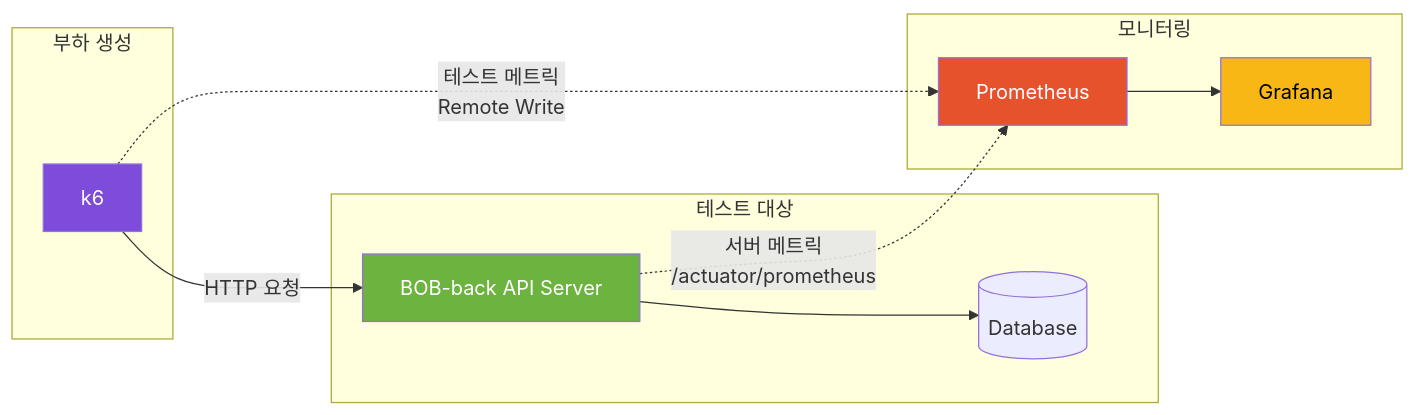
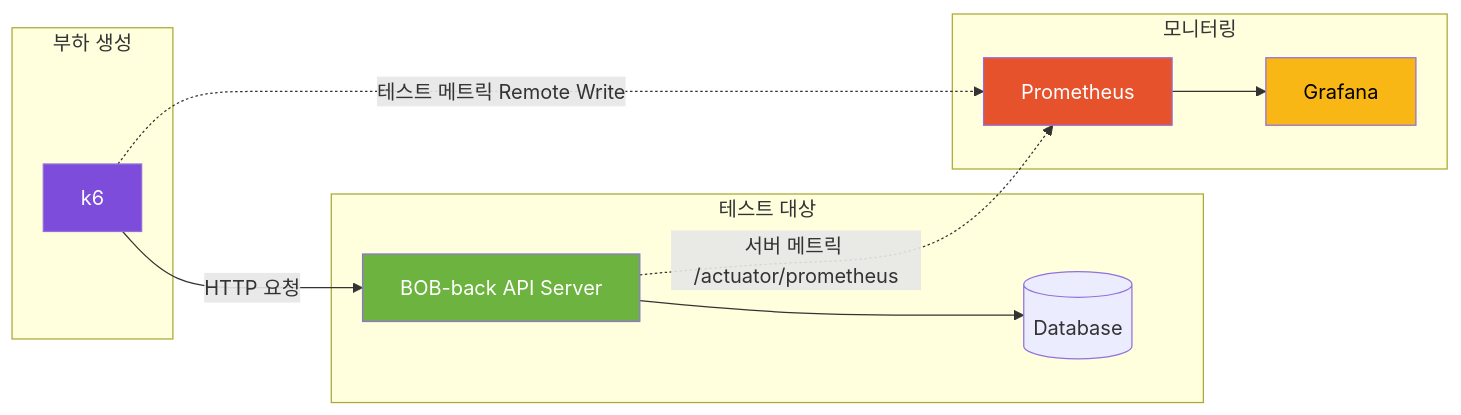
One commit to BOB-BookBridge/BOB-perf changed the first of 2 diagrams in README.md. Above: the diagram before and after it, drawn with Mermaid. The commit also changed other lines of this file, not shown here.

````diff
--- a/README.md
+++ b/README.md
@@ -28,27 +99,27 @@
 ```mermaid
 flowchart LR
     subgraph 부하 생성
         K6[k6]
     end
 
     subgraph 테스트 대상
         API[BOB-back API Server]
         DB[(Database)]
     end
 
     subgraph 모니터링
         PROM[Prometheus]
         GRAF[Grafana]
     end
 
     K6 -->|HTTP 요청| API
     API --> DB
-    K6 -.->|테스트 메트릭\nRemote Write| PROM
-    API -.->|서버 메트릭\n/actuator/prometheus| PROM
+    K6 -.->|테스트 메트릭 Remote Write| PROM
+    API -.->|서버 메트릭 /actuator/prometheus| PROM
     PROM --> GRAF
 
     style K6 fill:#7d4cdb,color:#fff
     style PROM fill:#e6522c,color:#fff
     style GRAF fill:#f9b716,color:#000
     style API fill:#6db33f,color:#fff
 ```
````
